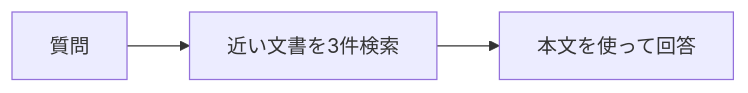
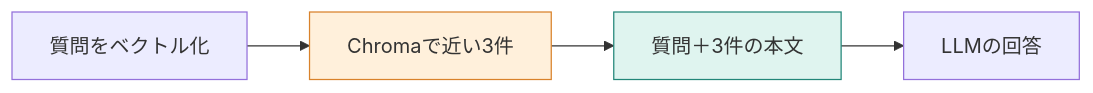
Before and after one commit to kouji0705/rag-study: the diagram in books/cd019af39edb03/06-naive-rag.md, drawn with Mermaid. The commit also changed other lines of this file and 1 other file, not shown here.

````diff
--- a/books/cd019af39edb03/06-naive-rag.md
+++ b/books/cd019af39edb03/06-naive-rag.md
@@ -13,4 +7,7 @@
 ```mermaid
 flowchart LR
-    Q["質問"] --> S["近い文書を3件検索"] --> A["本文を使って回答"]
+    Q["質問をベクトル化"] --> S["Chromaで近い3件"]
+    S --> P["質問＋3件の本文"] --> L["LLMの回答"]
+    style S fill:#fff0db,stroke:#d9822b
+    style P fill:#dff4ef,stroke:#228678
 ```
````
